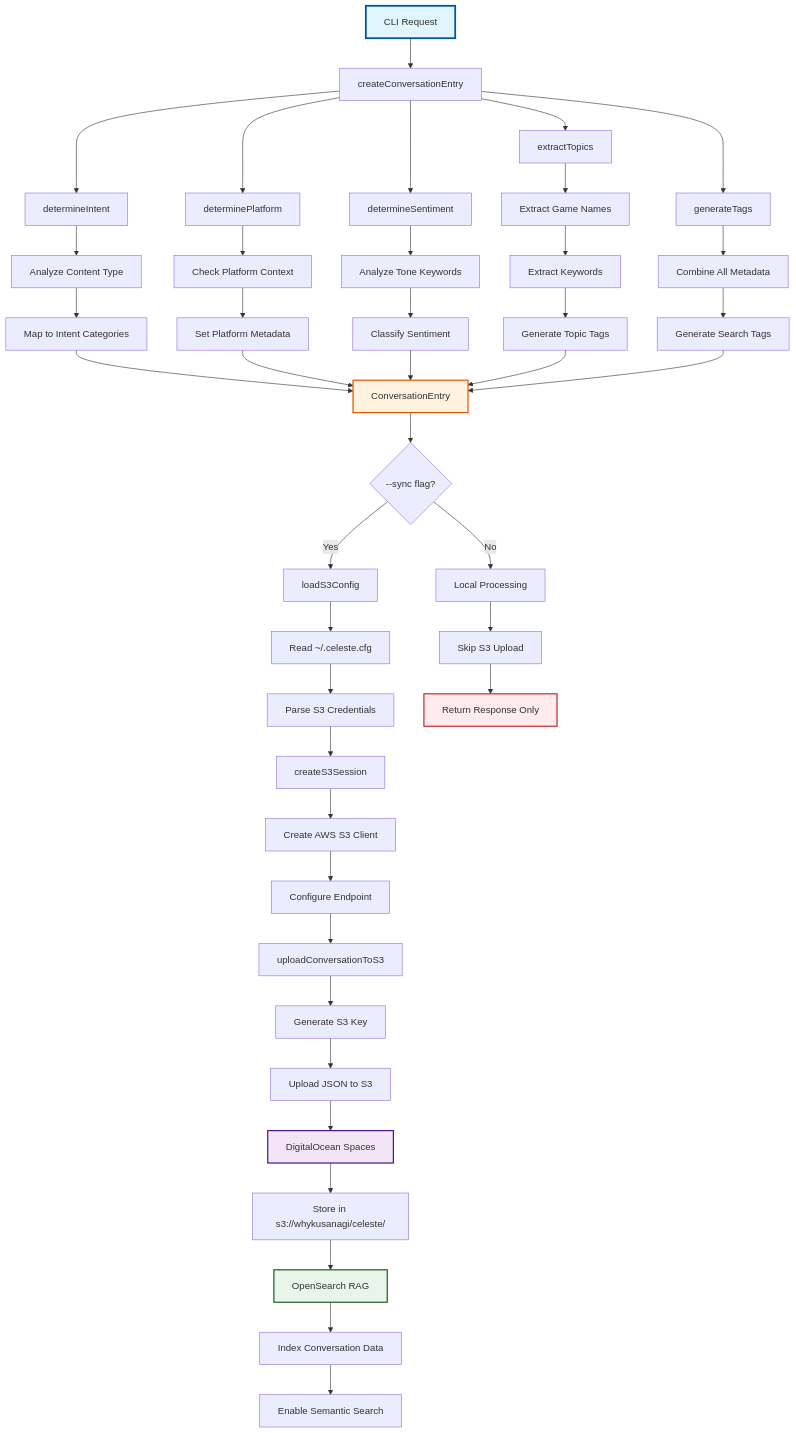
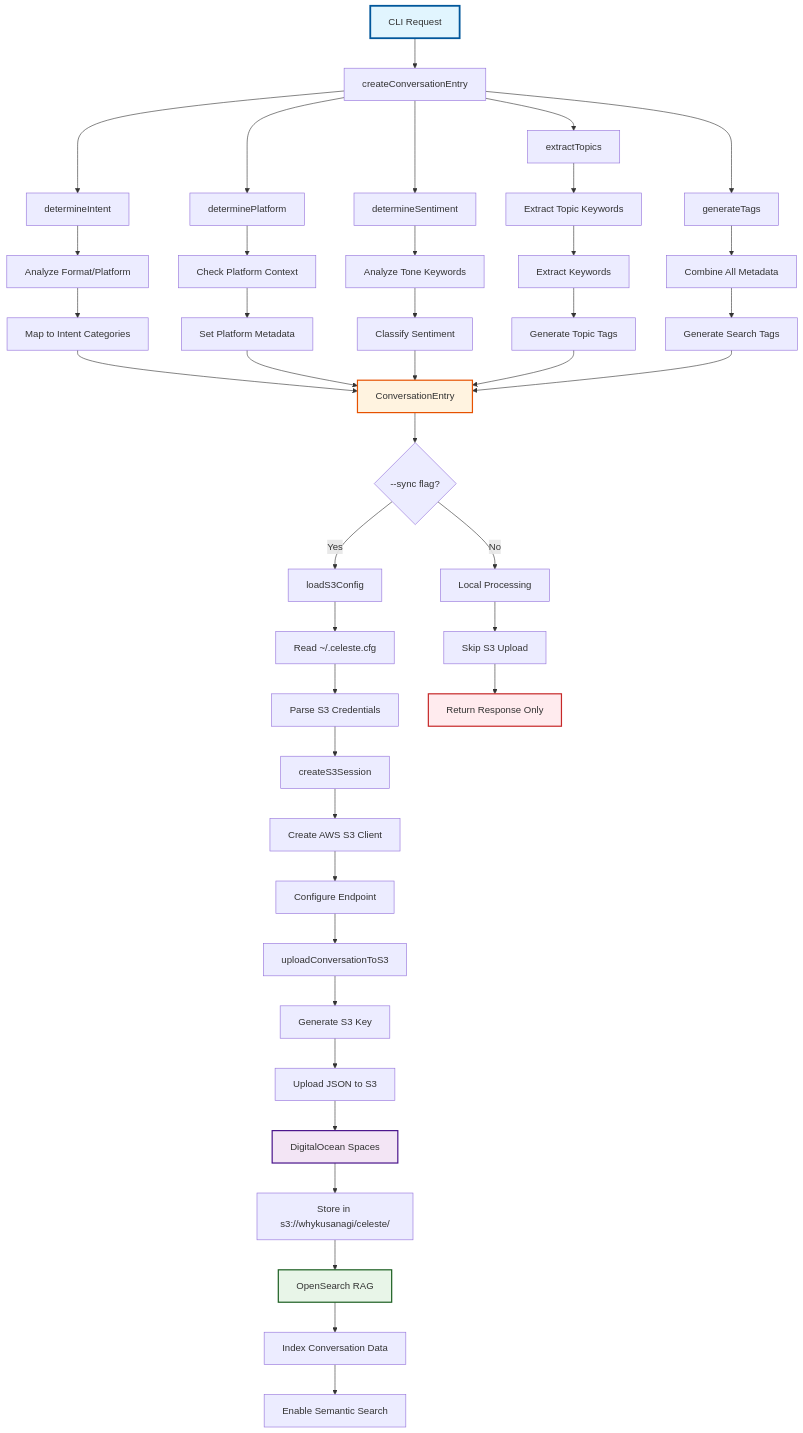
The third of 8 diagrams in README.md (whykusanagi/celesteCLI), drawn with Mermaid before and after one commit. The commit also changed other lines of this file and 7 other files, not shown here.

````diff
--- a/README.md
+++ b/README.md
@@ -379,56 +604,56 @@
 ```mermaid
 graph TD
     A[CLI Request] --> B[createConversationEntry]
     B --> C[determineIntent]
     B --> D[determinePlatform]
     B --> E[determineSentiment]
     B --> F[extractTopics]
     B --> G[generateTags]
     
-    C --> C1[Analyze Content Type]
+    C --> C1[Analyze Format/Platform]
     C1 --> C2[Map to Intent Categories]
     C2 --> H[ConversationEntry]
     
     D --> D1[Check Platform Context]
     D1 --> D2[Set Platform Metadata]
     D2 --> H
     
     E --> E1[Analyze Tone Keywords]
     E1 --> E2[Classify Sentiment]
     E2 --> H
     
-    F --> F1[Extract Game Names]
+    F --> F1[Extract Topic Keywords]
     F1 --> F2[Extract Keywords]
     F2 --> F3[Generate Topic Tags]
     F3 --> H
     
     G --> G1[Combine All Metadata]
     G1 --> G2[Generate Search Tags]
     G2 --> H
     
     H --> I{--sync flag?}
     I -->|Yes| J[loadS3Config]
     J --> J1[Read ~/.celeste.cfg]
     J1 --> J2[Parse S3 Credentials]
     J2 --> K[createS3Session]
     K --> K1[Create AWS S3 Client]
     K1 --> K2[Configure Endpoint]
     K2 --> L[uploadConversationToS3]
     L --> L1[Generate S3 Key]
     L1 --> L2[Upload JSON to S3]
     L2 --> M[DigitalOcean Spaces]
     M --> M1[Store in s3://whykusanagi/celeste/]
     M1 --> N[OpenSearch RAG]
     N --> N1[Index Conversation Data]
     N1 --> N2[Enable Semantic Search]
     
     I -->|No| O[Local Processing]
     O --> O1[Skip S3 Upload]
     O1 --> O2[Return Response Only]
     
     style A fill:#e1f5fe,stroke:#01579b,stroke-width:3px
     style H fill:#fff3e0,stroke:#e65100,stroke-width:2px
     style M fill:#f3e5f5,stroke:#4a148c,stroke-width:2px
     style N fill:#e8f5e8,stroke:#1b5e20,stroke-width:2px
     style O2 fill:#ffebee,stroke:#c62828,stroke-width:2px
 ```
````
